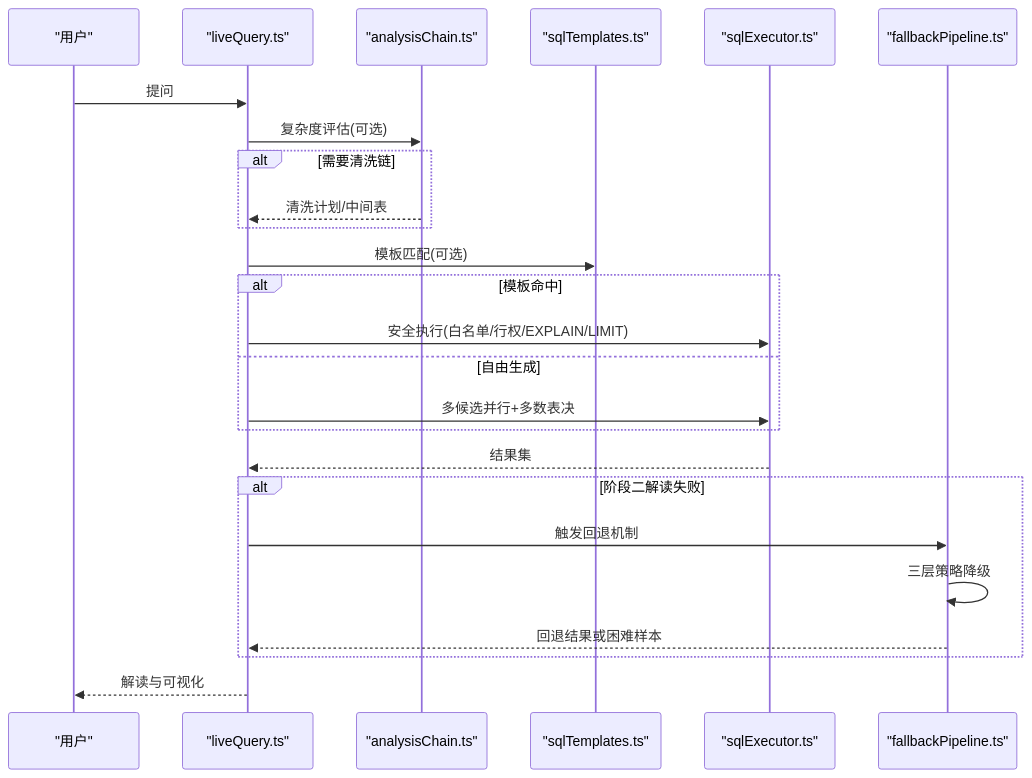
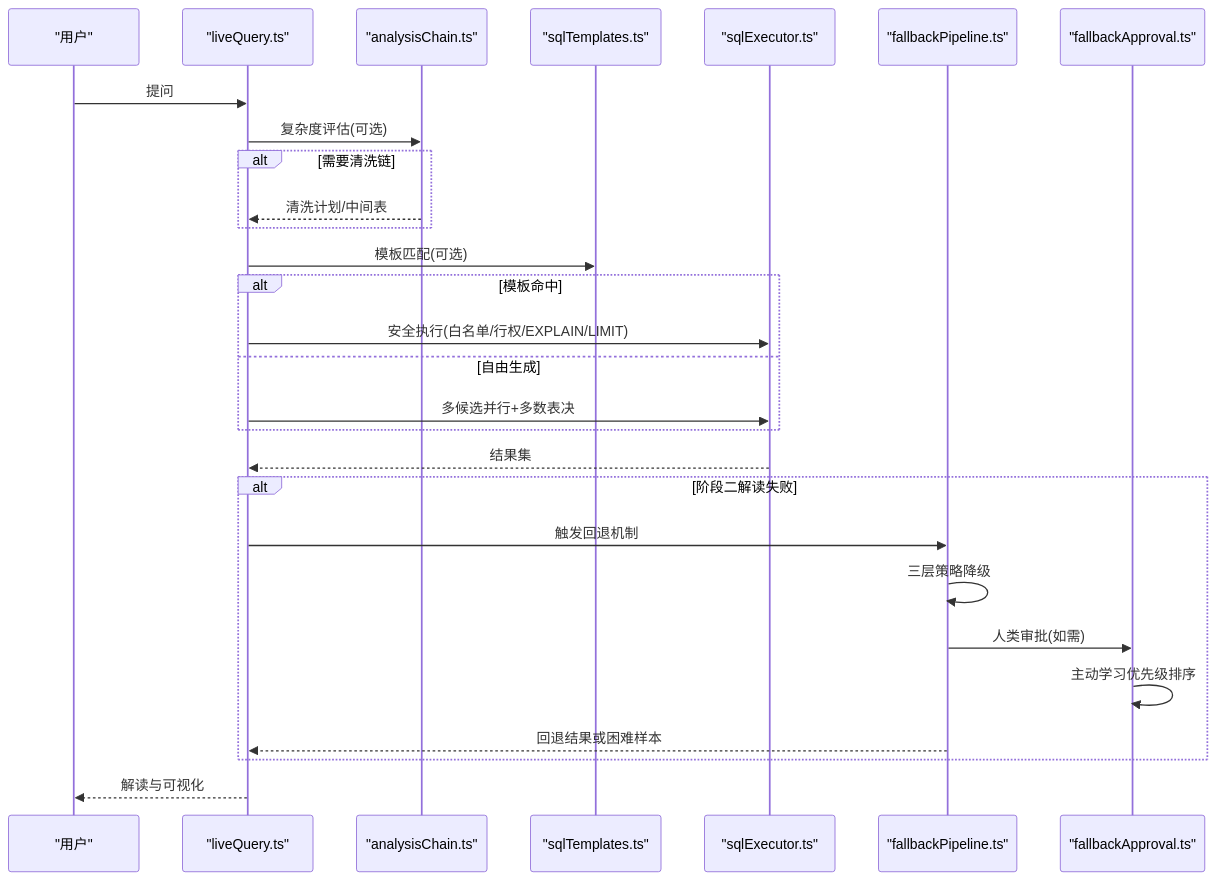
Diagram 11 of 12 in .qoder/repowiki/zh/content/系统架构/核心组件详解/查询处理引擎/查询处理引擎.md (dgjin/smart-data-analytics), drawn with Mermaid before and after one commit. The commit also changed other lines of this file and 66 other files, not shown here.

````diff
--- a/.qoder/repowiki/zh/content/系统架构/核心组件详解/查询处理引擎/查询处理引擎.md
+++ b/.qoder/repowiki/zh/content/系统架构/核心组件详解/查询处理引擎/查询处理引擎.md
@@ -470,27 +538,30 @@
 ```mermaid
 sequenceDiagram
 participant U as "用户"
 participant LQ as "liveQuery.ts"
 participant CH as "analysisChain.ts"
 participant T as "sqlTemplates.ts"
 participant SE as "sqlExecutor.ts"
 participant FB as "fallbackPipeline.ts"
+participant FA as "fallbackApproval.ts"
 U->>LQ : 提问
 LQ->>CH : 复杂度评估(可选)
 alt 需要清洗链
 CH-->>LQ : 清洗计划/中间表
 end
 LQ->>T : 模板匹配(可选)
 alt 模板命中
 LQ->>SE : 安全执行(白名单/行权/EXPLAIN/LIMIT)
 else 自由生成
 LQ->>SE : 多候选并行+多数表决
 end
 SE-->>LQ : 结果集
 alt 阶段二解读失败
 LQ->>FB : 触发回退机制
 FB->>FB : 三层策略降级
+FB->>FA : 人类审批(如需)
+FA->>FA : 主动学习优先级排序
 FB-->>LQ : 回退结果或困难样本
 end
 LQ-->>U : 解读与可视化
 ```
````
